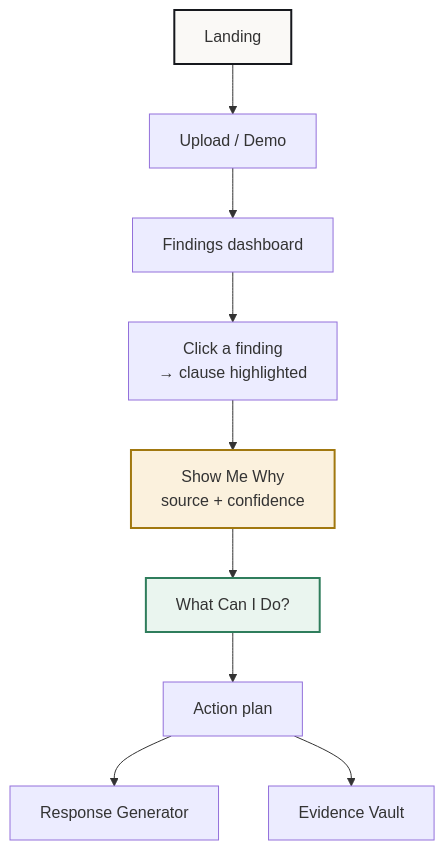
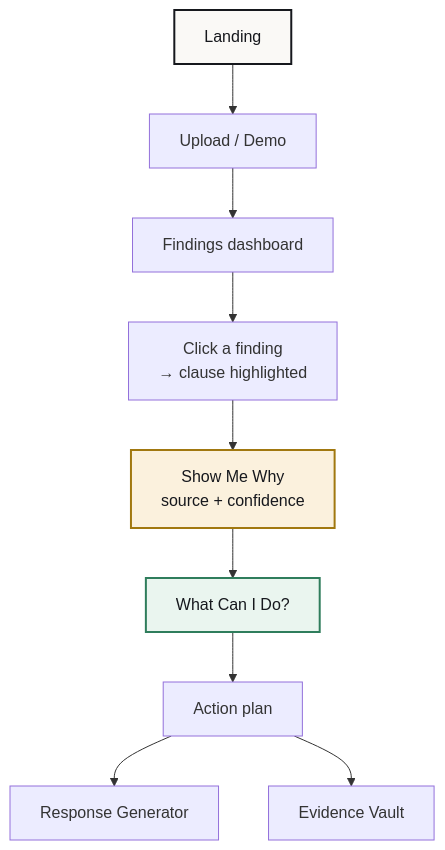
The third of 12 diagrams in README.md (KodeMeister-YT/CivicShield), drawn with Mermaid before and after one commit. The commit also changed other lines of this file, not shown here.

Commit message:
fix: readable diagram text on dark theme (explicit node text color)

````diff
--- a/README.md
+++ b/README.md
@@ -49,15 +49,15 @@
 ```mermaid
 flowchart TD
     L[Landing] --> U[Upload / Demo]
     U --> F[Findings dashboard]
     F --> HC[Click a finding<br/>→ clause highlighted]
     HC --> SW["Show Me Why"<br/>source + confidence]
     SW --> WCI["What Can I Do?"]
     WCI --> APL[Action plan]
     APL --> RG[Response Generator]
     APL --> EV[Evidence Vault]
 
-    style L fill:#faf9f6,stroke:#16181d,stroke-width:2px
-    style SW fill:#fbf1dd,stroke:#a1780f,stroke-width:2px
-    style WCI fill:#eaf5ef,stroke:#2f7d5c,stroke-width:2px
+    style L fill:#faf9f6,stroke:#16181d,stroke-width:2px,color:#16181d
+    style SW fill:#fbf1dd,stroke:#a1780f,stroke-width:2px,color:#16181d
+    style WCI fill:#eaf5ef,stroke:#2f7d5c,stroke-width:2px,color:#16181d
 ```
````
